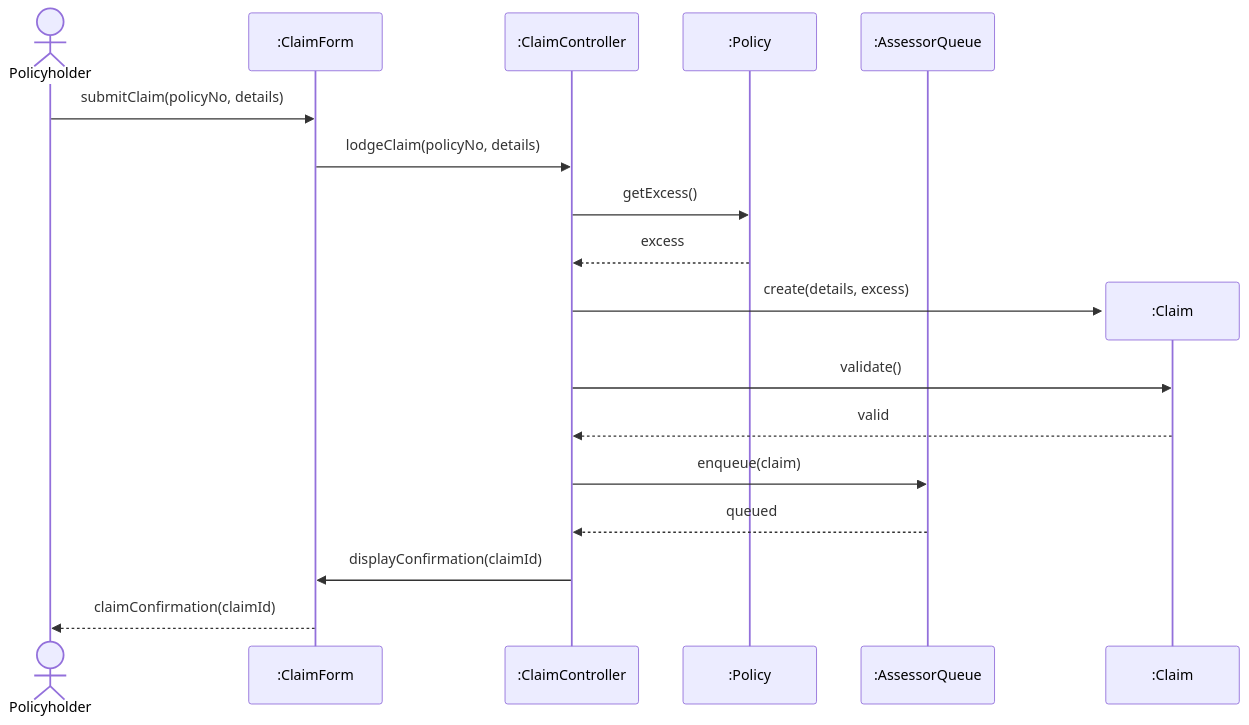
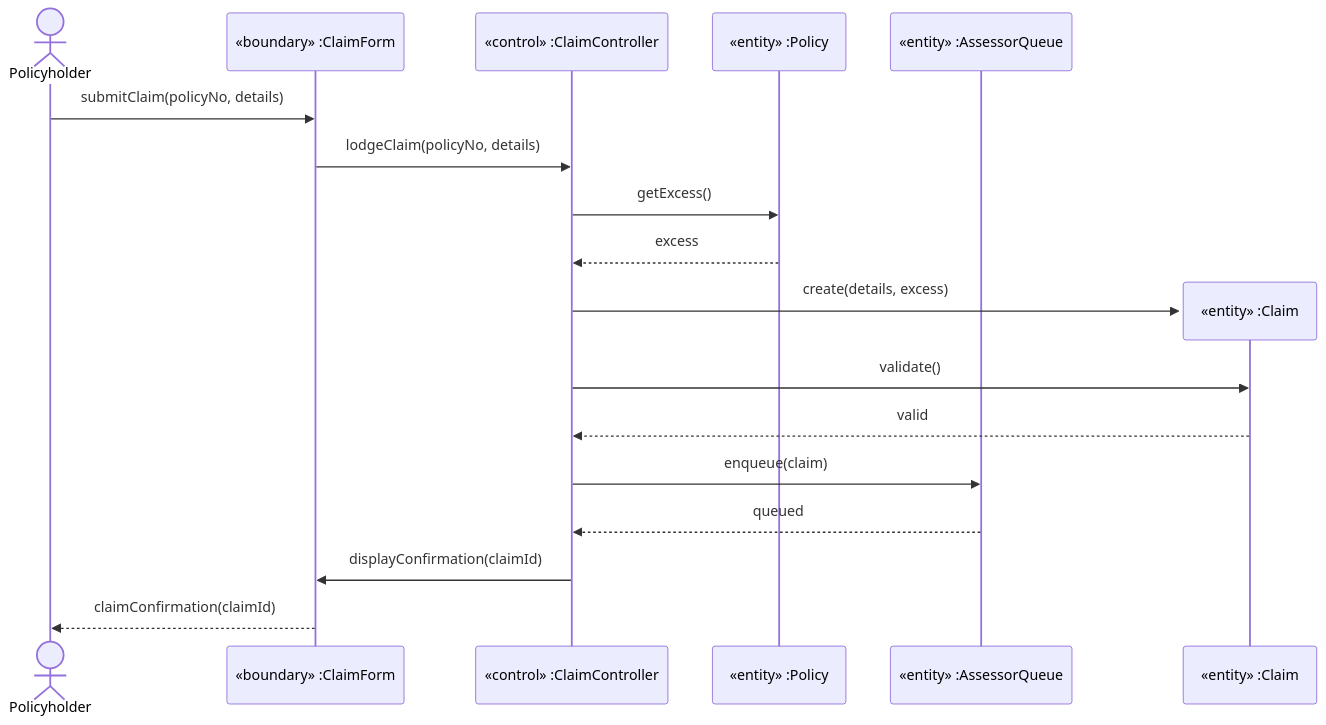
One commit to Beh69/Software-dev-lectures changed the fifth of 5 diagrams in EXAM-DIAGRAMS-AND-DESCRIPTIONS.md. Above: the diagram before and after it, drawn with Mermaid. The commit also changed other lines of this file and 1 other file, not shown here.

Commit message:
Add BCE stereotypes to worked UML diagrams

````diff
--- a/EXAM-DIAGRAMS-AND-DESCRIPTIONS.md
+++ b/EXAM-DIAGRAMS-AND-DESCRIPTIONS.md
@@ -364,21 +379,21 @@
 ```mermaid
 sequenceDiagram
     actor Policyholder
-    participant F as :ClaimForm
-    participant CC as :ClaimController
-    participant Pol as :Policy
-    participant Q as :AssessorQueue
+    participant F as «boundary» :ClaimForm
+    participant CC as «control» :ClaimController
+    participant Pol as «entity» :Policy
+    participant Q as «entity» :AssessorQueue
 
     Policyholder->>F: submitClaim(policyNo, details)
     F->>CC: lodgeClaim(policyNo, details)
     CC->>Pol: getExcess()
     Pol-->>CC: excess
-    create participant Cl as :Claim
+    create participant Cl as «entity» :Claim
     CC->>Cl: create(details, excess)
     CC->>Cl: validate()
     Cl-->>CC: valid
     CC->>Q: enqueue(claim)
     Q-->>CC: queued
     CC->>F: displayConfirmation(claimId)
     F-->>Policyholder: claimConfirmation(claimId)
 ```
````
